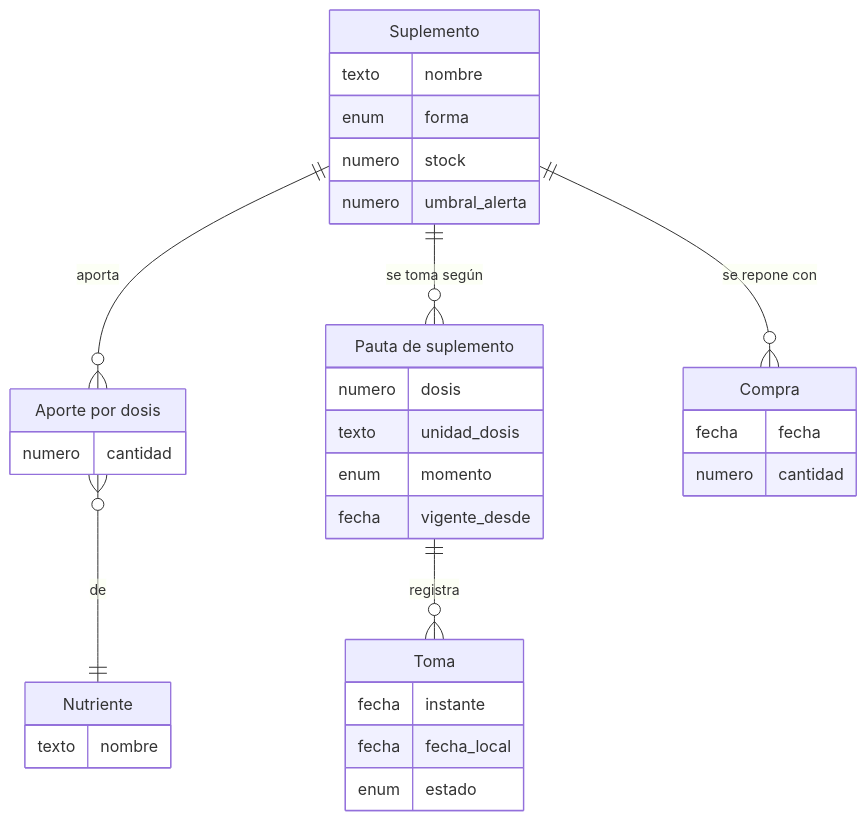
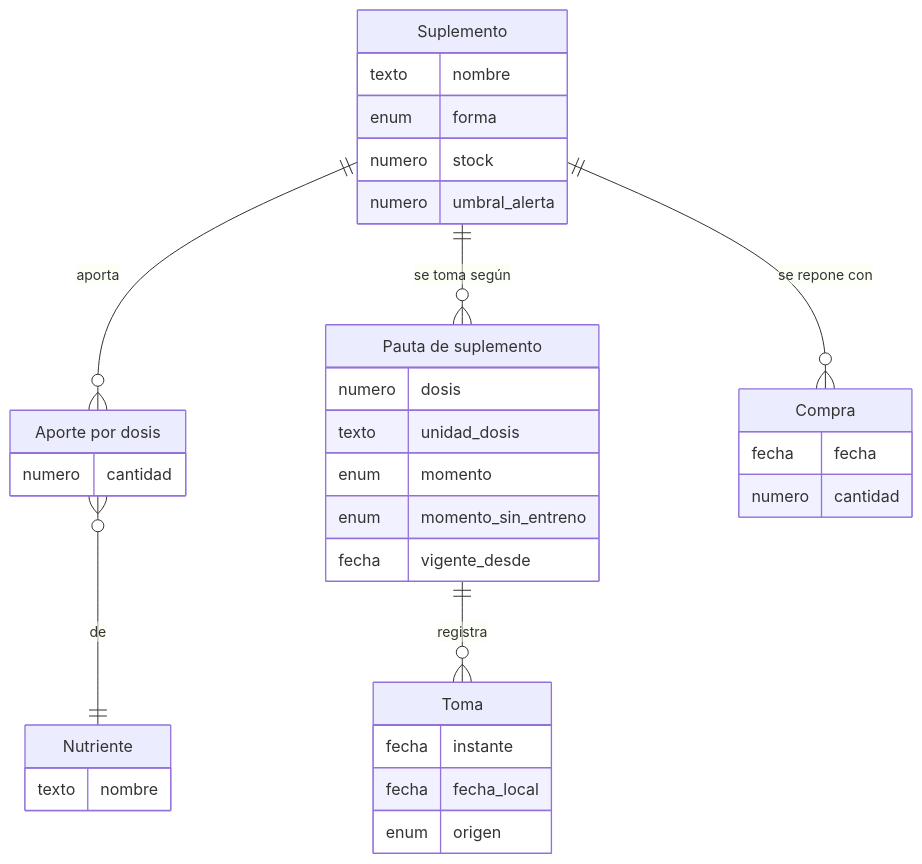
The sixth of 9 diagrams in docs/database/modelo-conceptual.md (FrancisG01/coach-fitness-ai), drawn with Mermaid before and after one commit. The commit also changed other lines of this file and 12 other files, not shown here.

````diff
--- a/docs/database/modelo-conceptual.md
+++ b/docs/database/modelo-conceptual.md
@@ -487,36 +493,37 @@
 ```mermaid
 erDiagram
   SUPLEMENTO["Suplemento"] {
     texto nombre
     enum forma
     numero stock
     numero umbral_alerta
   }
   APORTE["Aporte por dosis"] {
     numero cantidad
   }
   NUTRIENTE["Nutriente"] {
     texto nombre
   }
   PAUTA["Pauta de suplemento"] {
     numero dosis
     texto unidad_dosis
     enum momento
+    enum momento_sin_entreno
     fecha vigente_desde
   }
   TOMA["Toma"] {
     fecha instante
     fecha fecha_local
-    enum estado
+    enum origen
   }
   COMPRA["Compra"] {
     fecha fecha
     numero cantidad
   }
 
   SUPLEMENTO ||--o{ APORTE : "aporta"
   APORTE }o--|| NUTRIENTE : "de"
   SUPLEMENTO ||--o{ PAUTA : "se toma según"
   PAUTA ||--o{ TOMA : "registra"
   SUPLEMENTO ||--o{ COMPRA : "se repone con"
 ```
````
